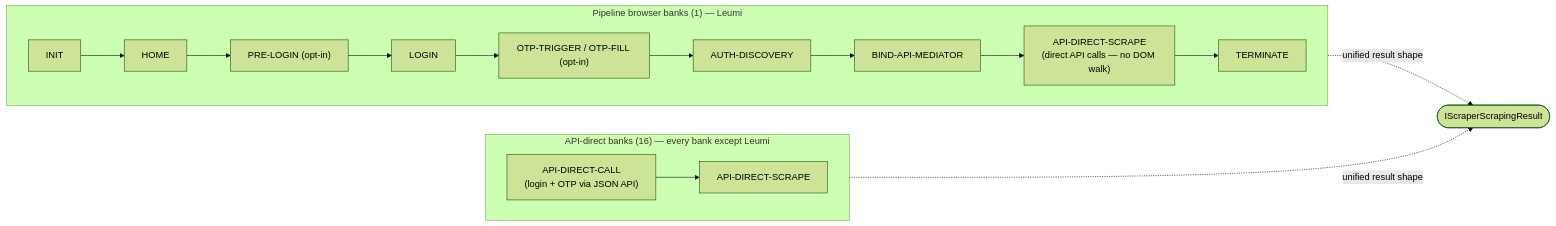
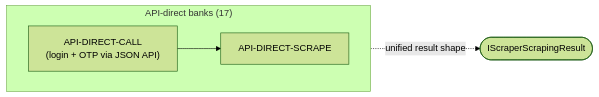
The diagram in README.md (sergienko4/israeli-bank-scrapers), drawn with Mermaid (forest theme) before and after one commit. The commit also changed other lines of this file and 50 other files, not shown here.

First line of the commit message:
feat: migrate Leumi to browserless API

````diff
--- a/README.md
+++ b/README.md
@@ -389,21 +385,9 @@
 ```mermaid
 flowchart LR
-    subgraph BB["Pipeline browser banks (1) — Leumi"]
-      direction LR
-      INIT --> HOME --> PRELOGIN["PRE-LOGIN (opt-in)"]
-      PRELOGIN --> LOGIN
-      LOGIN --> OTP["OTP-TRIGGER / OTP-FILL (opt-in)"]
-      OTP --> AUTH["AUTH-DISCOVERY"]
-      AUTH --> BIND["BIND-API-MEDIATOR"]
-      BIND --> SCRAPE["API-DIRECT-SCRAPE<br/>(direct API calls — no DOM walk)"]
-      SCRAPE --> TERM["TERMINATE"]
-    end
-
-    subgraph API["API-direct banks (16) — every bank except Leumi"]
+    subgraph API["API-direct banks (17)"]
       direction LR
       CALL["API-DIRECT-CALL<br/>(login + OTP via JSON API)"] --> SCR["API-DIRECT-SCRAPE"]
     end
 
-    BB -.->|"unified result shape"| RESULT(["IScraperScrapingResult"])
-    API -.->|"unified result shape"| RESULT
+    API -.->|"unified result shape"| RESULT(["IScraperScrapingResult"])
 ```
````
